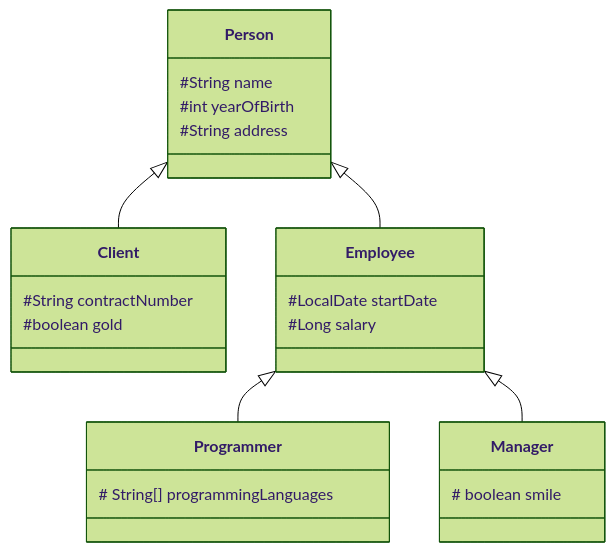
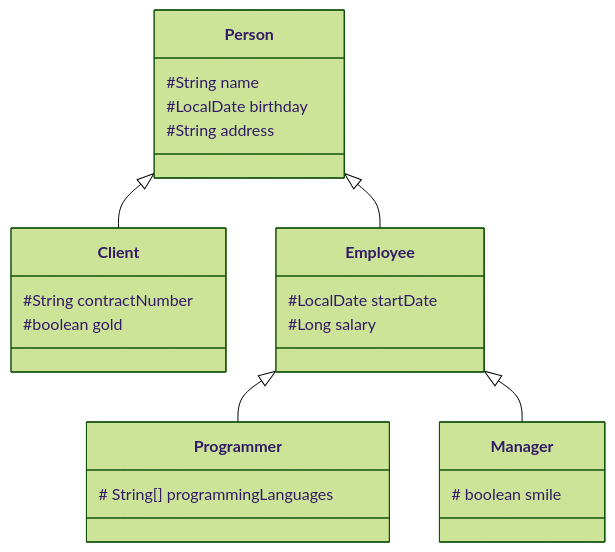
Before and after one commit to nbicocchi/learn-java-core: the second of 2 diagrams in slides/E3.2 - Java Classes (Inheritance).md, drawn with Mermaid (forest theme). The commit also changed other lines of this file and 1 other file, not shown here.

````diff
--- a/slides/E3.2 - Java Classes (Inheritance).md
+++ b/slides/E3.2 - Java Classes (Inheritance).md
@@ -73,31 +73,31 @@
 ```mermaid
 classDiagram
     class Person {
         #String name
-        #int yearOfBirth
+        #LocalDate birthday
         #String address
     }
 
     class Client {
         #String contractNumber
         #boolean gold
     }
 
     class Employee {
         #LocalDate startDate
         #Long salary
     }
 
     class Manager {
         # boolean smile
     }
 
     class Programmer {
         # String[] programmingLanguages
     }
 
     Person <|-- Employee
     Person <|-- Client
     Employee <|-- Programmer
     Employee <|-- Manager
 ```
````
